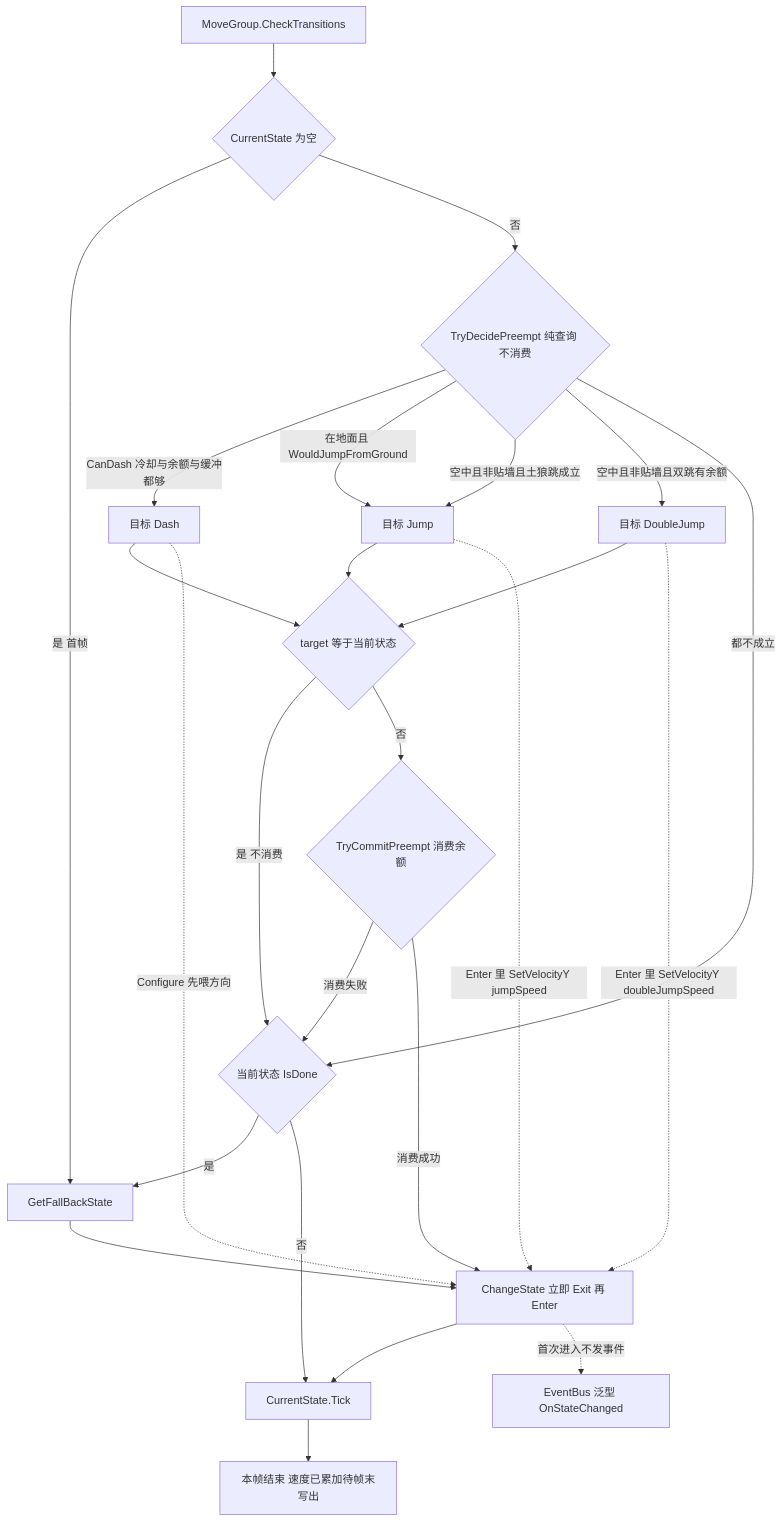
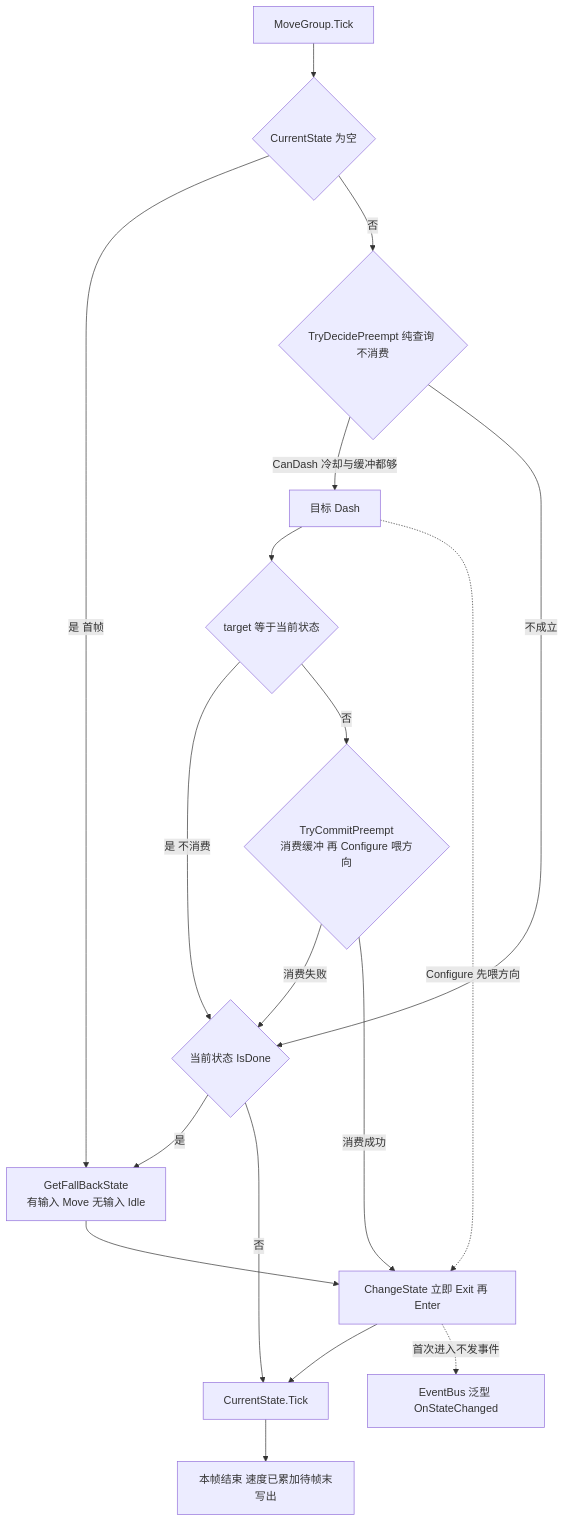
The tenth of 16 diagrams in Docs/架构图集.md (5FYZhou/deepseaoil), drawn with Mermaid before and after one commit. The commit also changed other lines of this file and 47 other files, not shown here.

````diff
--- a/Docs/架构图集.md
+++ b/Docs/架构图集.md
@@ -423,27 +424,20 @@
 ```mermaid
 flowchart TD
-  T["MoveGroup.CheckTransitions"] --> C{"CurrentState 为空"}
-  C -->|"是 首帧"| FB["GetFallBackState"]
+  T["MoveGroup.Tick"] --> C{"CurrentState 为空"}
+  C -->|"是 首帧"| FB["GetFallBackState<br/>有输入 Move 无输入 Idle"]
   C -->|"否"| P1{"TryDecidePreempt 纯查询 不消费"}
-  P1 -->|"CanDash 冷却与余额与缓冲都够"| DG["目标 Dash"]
-  P1 -->|"在地面且 WouldJumpFromGround"| JG["目标 Jump"]
-  P1 -->|"空中且非贴墙且土狼跳成立"| JG
-  P1 -->|"空中且非贴墙且双跳有余额"| DJ["目标 DoubleJump"]
-  P1 -->|"都不成立"| DONE{"当前状态 IsDone"}
+  P1 -->|"CanDash 冷却与缓冲都够"| DG["目标 Dash"]
+  P1 -->|"不成立"| DONE{"当前状态 IsDone"}
   DG --> EQ{"target 等于当前状态"}
-  JG --> EQ
-  DJ --> EQ
   EQ -->|"是 不消费"| DONE
-  EQ -->|"否"| CM{"TryCommitPreempt 消费余额"}
+  EQ -->|"否"| CM{"TryCommitPreempt<br/>消费缓冲 再 Configure 喂方向"}
   CM -->|"消费失败"| DONE
   CM -->|"消费成功"| CH["ChangeState 立即 Exit 再 Enter"]
   DONE -->|"是"| FB
   DONE -->|"否"| TK["CurrentState.Tick"]
   FB --> CH
   CH --> TK
   TK --> OUT["本帧结束 速度已累加待帧末写出"]
   DG -.->|"Configure 先喂方向"| CH
-  JG -.->|"Enter 里 SetVelocityY jumpSpeed"| CH
-  DJ -.->|"Enter 里 SetVelocityY doubleJumpSpeed"| CH
   CH -.->|"首次进入不发事件"| EVT["EventBus 泛型 OnStateChanged"]
 ```
````
